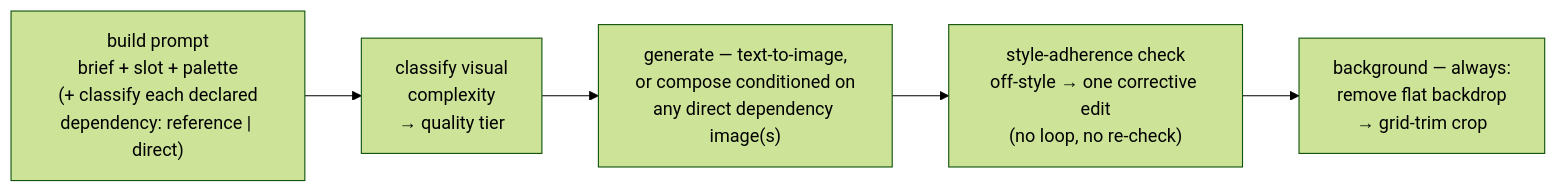
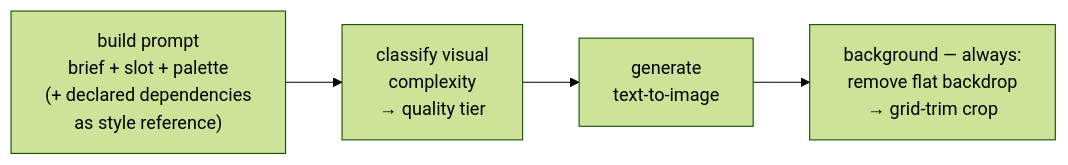
One commit to jesse51002/CombatDen changed the second of 2 diagrams in CustomizationService/README.md. Above: the diagram before and after it, drawn with Mermaid (forest theme). The commit also changed other lines of this file and 85 other files, not shown here.

````diff
--- a/CustomizationService/README.md
+++ b/CustomizationService/README.md
@@ -59,9 +60,8 @@
 ```mermaid
 flowchart LR
-  P["build prompt<br/>brief + slot + palette<br/>(+ classify each declared<br/>dependency: reference | direct)"]
+  P["build prompt<br/>brief + slot + palette<br/>(+ declared dependencies<br/>as style reference)"]
   C["classify visual<br/>complexity<br/>→ quality tier"]
-  G["generate — text-to-image,<br/>or compose conditioned on<br/>any direct dependency image(s)"]
-  S["style-adherence check<br/>off-style → one corrective edit<br/>(no loop, no re-check)"]
+  G["generate<br/>text-to-image"]
   B["background — always:<br/>remove flat backdrop<br/>→ grid-trim crop"]
-  P --> C --> G --> S --> B
+  P --> C --> G --> B
 ```
````
